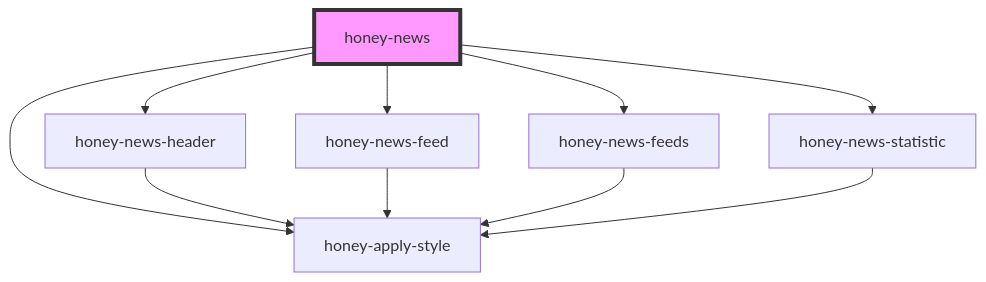
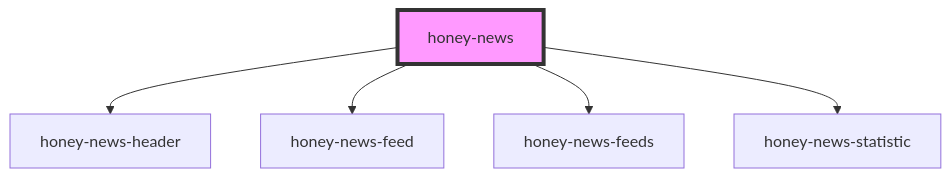
Before and after one commit to Huluvu424242/honey-news: the diagram in src/components/honey-news/readme.md, drawn with Mermaid. The commit also changed other lines of this file and 19 other files, not shown here.

````diff
--- a/src/components/honey-news/readme.md
+++ b/src/components/honey-news/readme.md
@@ -28,13 +27,8 @@
 ```mermaid
 graph TD;
-  honey-news --> honey-apply-style
   honey-news --> honey-news-header
   honey-news --> honey-news-feed
   honey-news --> honey-news-feeds
   honey-news --> honey-news-statistic
-  honey-news-header --> honey-apply-style
-  honey-news-feed --> honey-apply-style
-  honey-news-feeds --> honey-apply-style
-  honey-news-statistic --> honey-apply-style
   style honey-news fill:#f9f,stroke:#333,stroke-width:4px
 ```
````
